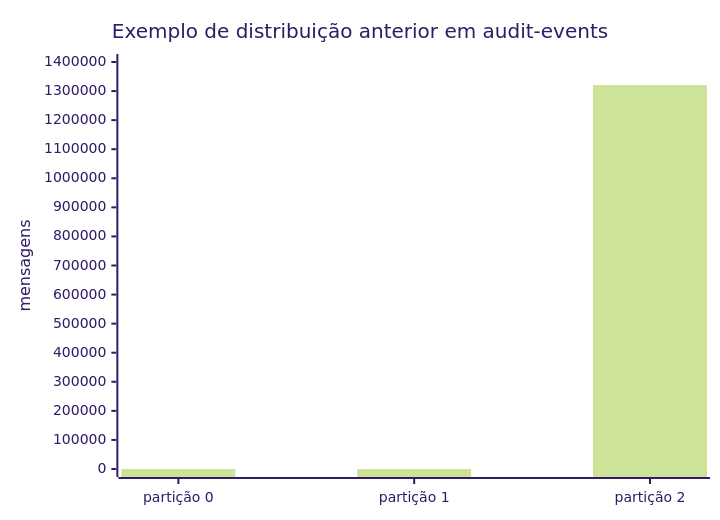
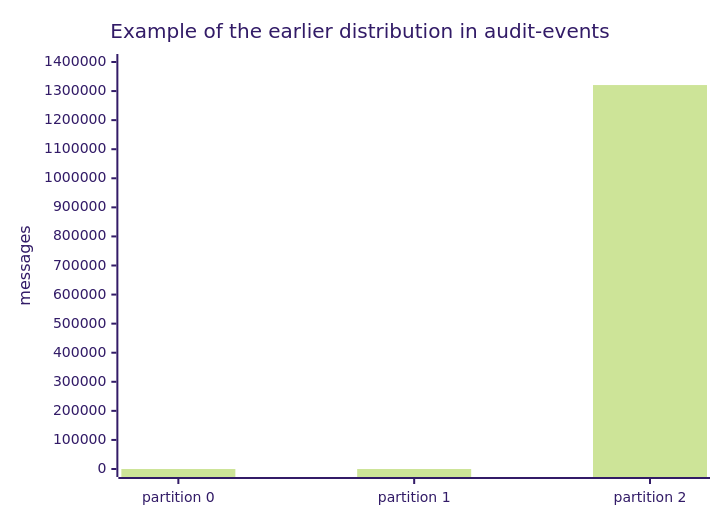
One commit to joaolaureano/training_kafka changed the sixth of 7 diagrams in README.md. Above: the diagram before and after it, drawn with Mermaid (forest theme). The commit also changed other lines of this file and 1 other file, not shown here.

````diff
--- a/README.md
+++ b/README.md
@@ -732,7 +724,7 @@
 ```mermaid
 xychart-beta
-  title "Exemplo de distribuição anterior em audit-events"
-  x-axis ["partição 0", "partição 1", "partição 2"]
-  y-axis "mensagens" 0 --> 1400000
+  title "Example of the earlier distribution in audit-events"
+  x-axis ["partition 0", "partition 1", "partition 2"]
+  y-axis "messages" 0 --> 1400000
   bar [3, 0, 1320709]
 ```
````
